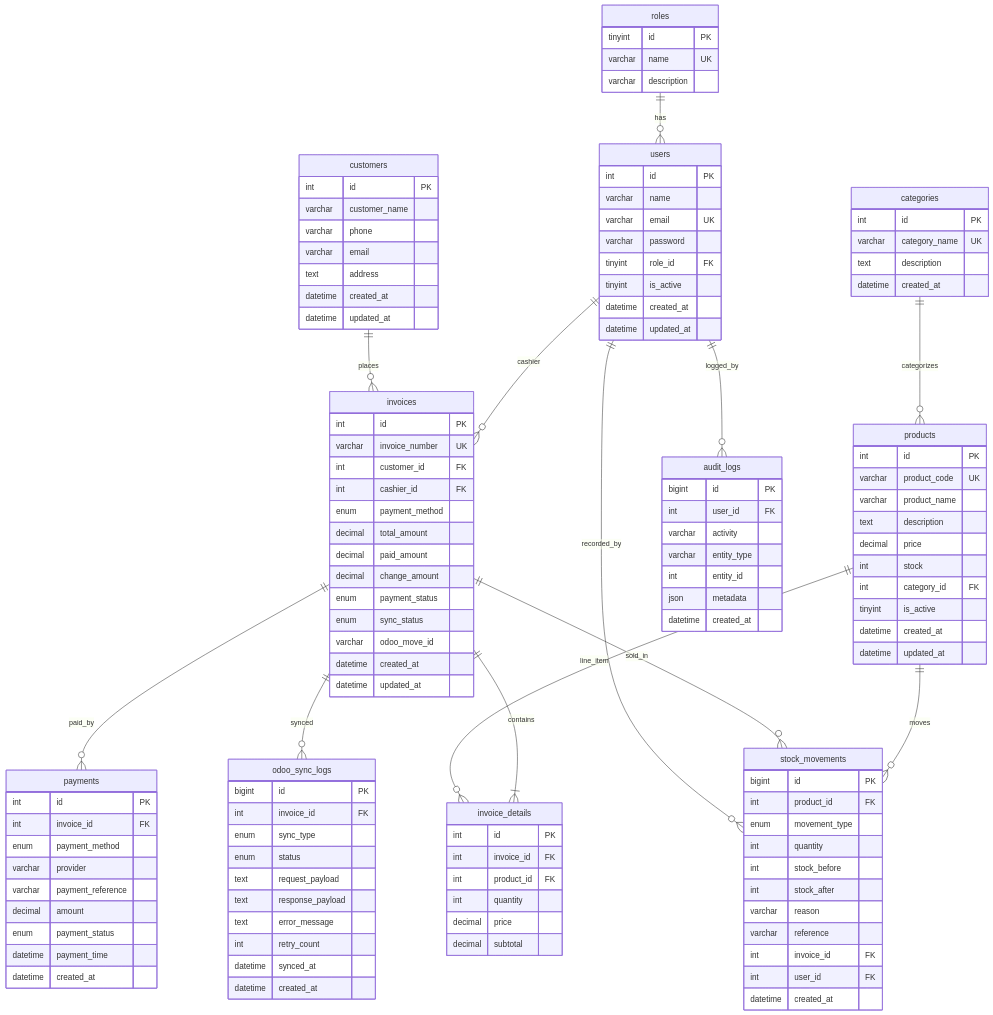
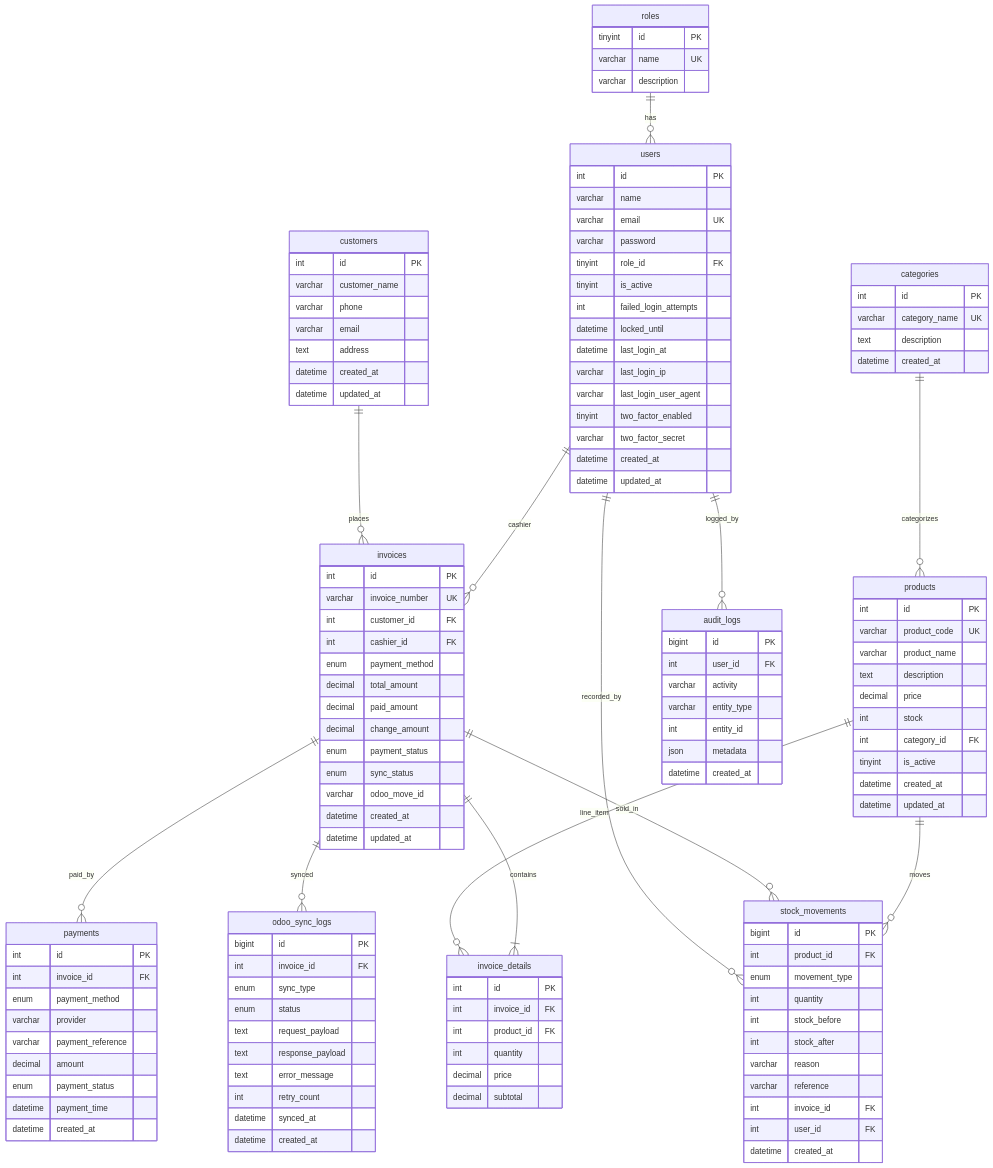
Before and after one commit to Andre1qaz/Zi.Care_pos_app: the diagram in zicare/docs/03-database-design.md, drawn with Mermaid. The commit also changed other lines of this file and 21 other files, not shown here.

```diff
--- a/zicare/docs/03-database-design.md
+++ b/zicare/docs/03-database-design.md
@@ -36,6 +36,13 @@
         varchar password
         tinyint role_id FK
         tinyint is_active
+        int failed_login_attempts
+        datetime locked_until
+        datetime last_login_at
+        varchar last_login_ip
+        varchar last_login_user_agent
+        tinyint two_factor_enabled
+        varchar two_factor_secret
         datetime created_at
         datetime updated_at
     }
```
